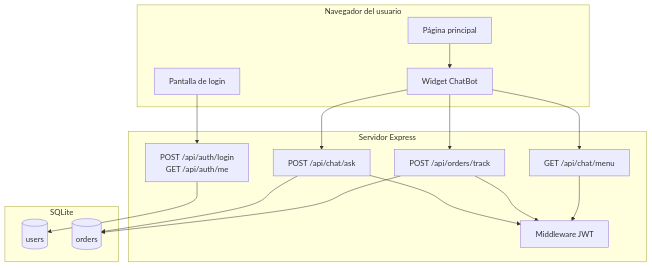
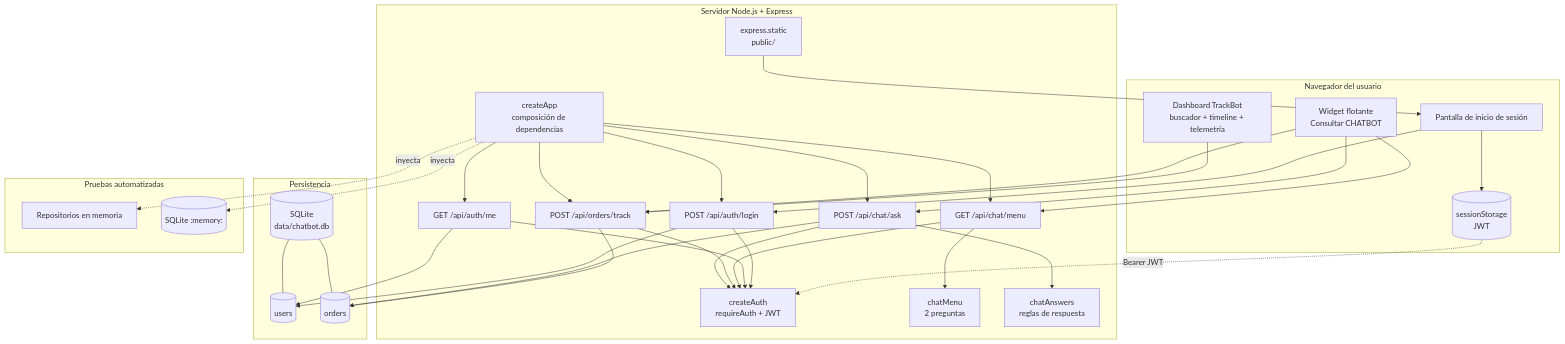
One commit to MelanyFT/Entrega-Parcial changed the second of 8 diagrams in docs/diagramas.md. Above: the diagram before and after it, drawn with Mermaid. The commit also changed other lines of this file and 15 other files, not shown here.

````diff
--- a/docs/diagramas.md
+++ b/docs/diagramas.md
@@ -33,33 +43,67 @@
 ```mermaid
 flowchart TB
   subgraph Cliente["Navegador del usuario"]
-    Login[Pantalla de login]
-    Pagina[Página principal]
-    Widget[Widget ChatBot]
+    Login["Pantalla de inicio de sesión"]
+    Dashboard["Dashboard TrackBot<br/>buscador + timeline + telemetría"]
+    Widget["Widget flotante<br/>Consultar CHATBOT"]
+    Storage[("sessionStorage<br/>JWT")]
   end
 
-  subgraph Servidor["Servidor Express"]
-    Auth["POST /api/auth/login<br/>GET /api/auth/me"]
-    Menu["GET /api/chat/menu"]
-    Track["POST /api/orders/track"]
-    Ask["POST /api/chat/ask"]
-    JWT[Middleware JWT]
+  subgraph Servidor["Servidor Node.js + Express"]
+    Static["express.static<br/>public/"]
+    LoginAPI["POST /api/auth/login"]
+    MeAPI["GET /api/auth/me"]
+    MenuAPI["GET /api/chat/menu"]
+    TrackAPI["POST /api/orders/track"]
+    AskAPI["POST /api/chat/ask"]
+    Auth["createAuth<br/>requireAuth + JWT"]
+    Menu["chatMenu<br/>2 preguntas"]
+    Answers["chatAnswers<br/>reglas de respuesta"]
+    App["createApp<br/>composición de dependencias"]
   end
 
-  subgraph Datos["SQLite"]
-    Users[(users)]
-    Orders[(orders)]
+  subgraph Datos["Persistencia"]
+    SQLite[("SQLite<br/>data/chatbot.db")]
+    Users[("users")]
+    Orders[("orders")]
   end
 
-  Login --> Auth
-  Auth --> Users
-  Pagina --> Widget
-  Widget --> Menu
-  Widget --> Track
-  Widget --> Ask
-  Menu --> JWT
-  Track --> JWT
-  Ask --> JWT
-  Track --> Orders
-  Ask --> Orders
+  subgraph Pruebas["Pruebas automatizadas"]
+    InMemory["Repositorios en memoria"]
+    TestDB[("SQLite :memory:")]
+  end
+
+  Login --> LoginAPI
+  Login --> Storage
+  Dashboard --> TrackAPI
+  Widget --> MenuAPI
+  Widget --> TrackAPI
+  Widget --> AskAPI
+  Storage -. "Bearer JWT" .-> Auth
+
+  Static --> Login
+  App --> LoginAPI
+  App --> MeAPI
+  App --> MenuAPI
+  App --> TrackAPI
+  App --> AskAPI
+
+  LoginAPI --> Auth
+  MeAPI --> Auth
+  MenuAPI --> Auth
+  TrackAPI --> Auth
+  AskAPI --> Auth
+
+  MenuAPI --> Menu
+  AskAPI --> Answers
+  TrackAPI --> Orders
+  AskAPI --> Orders
+  LoginAPI --> Users
+  MeAPI --> Users
+
+  SQLite --- Users
+  SQLite --- Orders
+
+  App -. "inyecta" .-> InMemory
+  App -. "inyecta" .-> TestDB
 ```
````
